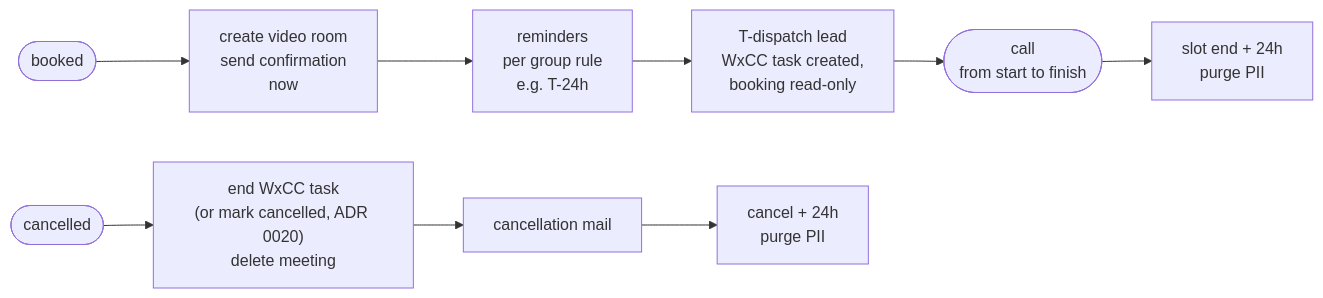
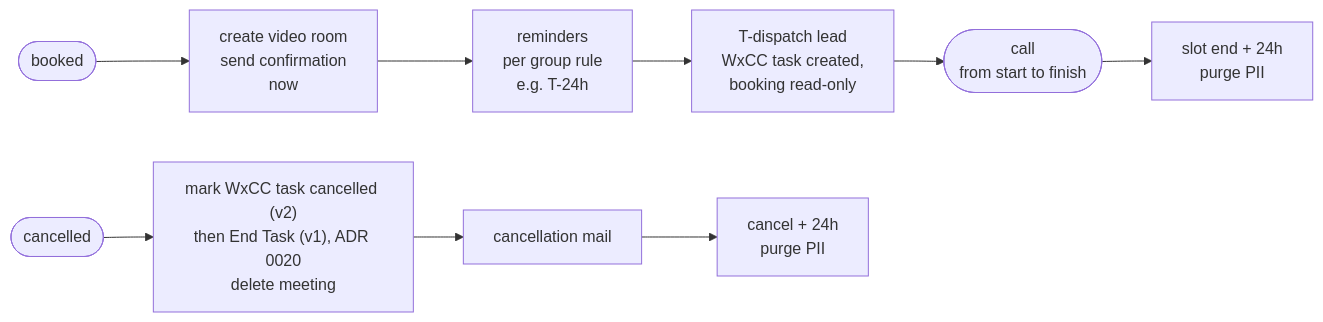
One commit to 3Corners-Labs/OpenPlanner changed the eighth of 13 diagrams in docs/architecture.md. Above: the diagram before and after it, drawn with Mermaid. The commit also changed 13 other files, not shown here.

````diff
--- a/docs/architecture.md
+++ b/docs/architecture.md
@@ -382,11 +382,11 @@
 ```mermaid
 flowchart LR
     book(["booked"]) --> confirm["create video room<br/>send confirmation<br/>now"]
     confirm --> remind["reminders<br/>per group rule<br/>e.g. T-24h"]
     remind --> dispatch["T-dispatch lead<br/>WxCC task created,<br/>booking read-only"]
     dispatch --> meeting(["call<br/>from start to finish"])
     meeting --> purge["slot end + 24h<br/>purge PII"]
 
-    cancel(["cancelled"]) --> cend["end WxCC task<br/>(or mark cancelled, ADR 0020)<br/>delete meeting"] --> cmail["cancellation mail"] --> cpurge["cancel + 24h<br/>purge PII"]
+    cancel(["cancelled"]) --> cend["mark WxCC task cancelled (v2)<br/>then End Task (v1), ADR 0020<br/>delete meeting"] --> cmail["cancellation mail"] --> cpurge["cancel + 24h<br/>purge PII"]
 
 ```
````
